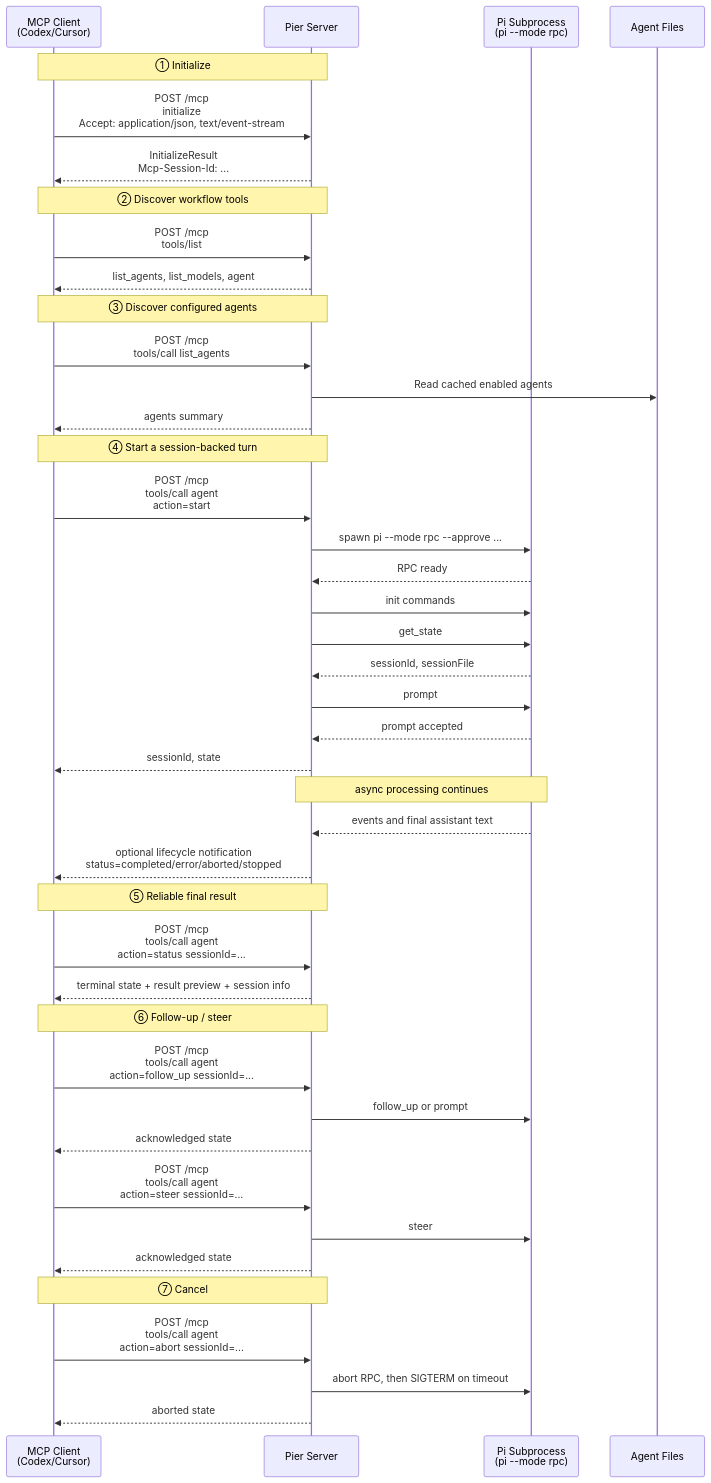
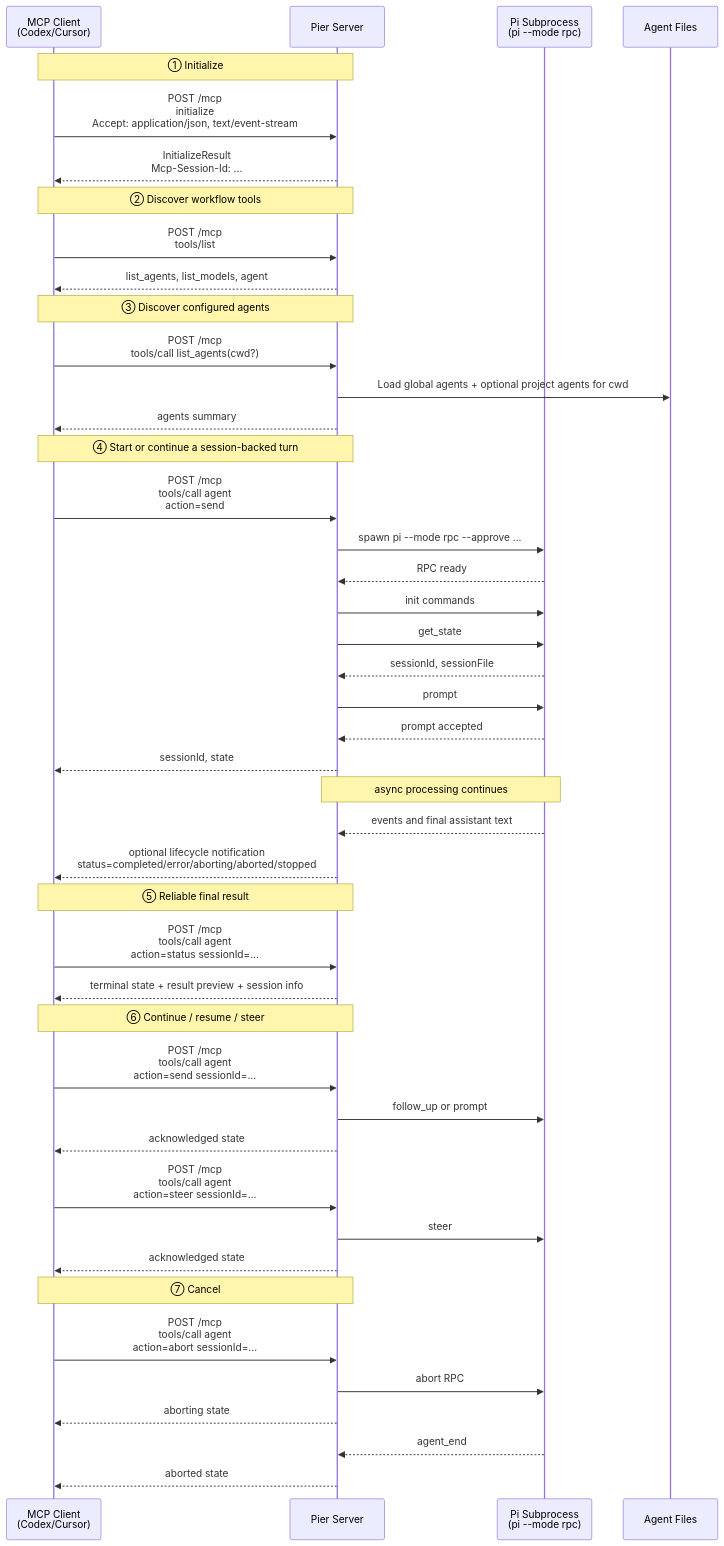
The diagram in docs/designs/pier-mcp-interface.md (chengzi-io/pier), drawn with Mermaid before and after one commit. The commit also changed other lines of this file and 4 other files, not shown here.

First line of the commit message:
docs(adr): abort fallbacks and extension name resolution; refresh MCP interface

````diff
--- a/docs/designs/pier-mcp-interface.md
+++ b/docs/designs/pier-mcp-interface.md
@@ -68,52 +68,54 @@
 ```mermaid
 sequenceDiagram
     participant Client as MCP Client<br/>(Codex/Cursor)
     participant Pier as Pier Server
     participant Pi as Pi Subprocess<br/>(pi --mode rpc)
     participant FS as Agent Files
 
     Note over Client,Pier: ① Initialize
     Client->>Pier: POST /mcp<br/>initialize<br/>Accept: application/json, text/event-stream
     Pier-->>Client: InitializeResult<br/>Mcp-Session-Id: ...
 
     Note over Client,Pier: ② Discover workflow tools
     Client->>Pier: POST /mcp<br/>tools/list
     Pier-->>Client: list_agents, list_models, agent
 
     Note over Client,Pier: ③ Discover configured agents
-    Client->>Pier: POST /mcp<br/>tools/call list_agents
-    Pier->>FS: Read cached enabled agents
+    Client->>Pier: POST /mcp<br/>tools/call list_agents(cwd?)
+    Pier->>FS: Load global agents + optional project agents for cwd
     Pier-->>Client: agents summary
 
-    Note over Client,Pier: ④ Start a session-backed turn
-    Client->>Pier: POST /mcp<br/>tools/call agent<br/>action=start
+    Note over Client,Pier: ④ Start or continue a session-backed turn
+    Client->>Pier: POST /mcp<br/>tools/call agent<br/>action=send
     Pier->>Pi: spawn pi --mode rpc --approve ...
     Pi-->>Pier: RPC ready
     Pier->>Pi: init commands
     Pier->>Pi: get_state
     Pi-->>Pier: sessionId, sessionFile
     Pier->>Pi: prompt
     Pi-->>Pier: prompt accepted
     Pier-->>Client: sessionId, state
 
     Note over Pier,Pi: async processing continues
     Pi-->>Pier: events and final assistant text
-    Pier-->>Client: optional lifecycle notification<br/>status=completed/error/aborted/stopped
+    Pier-->>Client: optional lifecycle notification<br/>status=completed/error/aborting/aborted/stopped
 
     Note over Client,Pier: ⑤ Reliable final result
     Client->>Pier: POST /mcp<br/>tools/call agent<br/>action=status sessionId=...
     Pier-->>Client: terminal state + result preview + session info
 
-    Note over Client,Pier: ⑥ Follow-up / steer
-    Client->>Pier: POST /mcp<br/>tools/call agent<br/>action=follow_up sessionId=...
+    Note over Client,Pier: ⑥ Continue / resume / steer
+    Client->>Pier: POST /mcp<br/>tools/call agent<br/>action=send sessionId=...
     Pier->>Pi: follow_up or prompt
     Pier-->>Client: acknowledged state
     Client->>Pier: POST /mcp<br/>tools/call agent<br/>action=steer sessionId=...
     Pier->>Pi: steer
     Pier-->>Client: acknowledged state
 
     Note over Client,Pier: ⑦ Cancel
     Client->>Pier: POST /mcp<br/>tools/call agent<br/>action=abort sessionId=...
-    Pier->>Pi: abort RPC, then SIGTERM on timeout
+    Pier->>Pi: abort RPC
+    Pier-->>Client: aborting state
+    Pi-->>Pier: agent_end
     Pier-->>Client: aborted state
 ```
````
